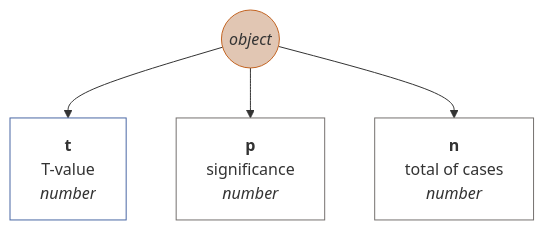
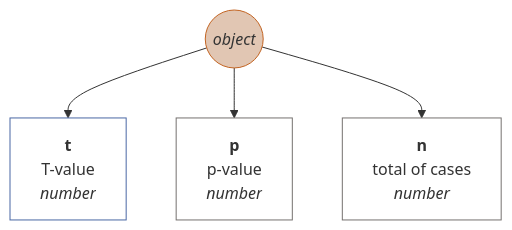
Before and after one commit to muzikp/retusa: diagram 22 of 38 in docs/en-GB.md, drawn with Mermaid. The commit also changed other lines of this file and 8 other files, not shown here.

````diff
--- a/docs/en-GB.md
+++ b/docs/en-GB.md
@@ -716,16 +716,16 @@
 ```mermaid
 graph TD
 ttest((<i>object</i>))
 style ttest fill:#E1C6B3;
 style ttest stroke:#C36422;
 ttest --> t[<b>t</b><br>T-value <br><i>number</i>]
 style t fill:#FFFFFF;
 style t stroke:#4967A4;
-ttest --> p[<b>p</b><br>significance <br><i>number</i>]
+ttest --> p[<b>p</b><br>p-value <br><i>number</i>]
 style p fill:#FFFFFF;
 style p stroke:#75716F;
 ttest --> n[<b>n</b><br>total of cases <br><i>number</i>]
 style n fill:#FFFFFF;
 style n stroke:#75716F;
 
 ```
````
